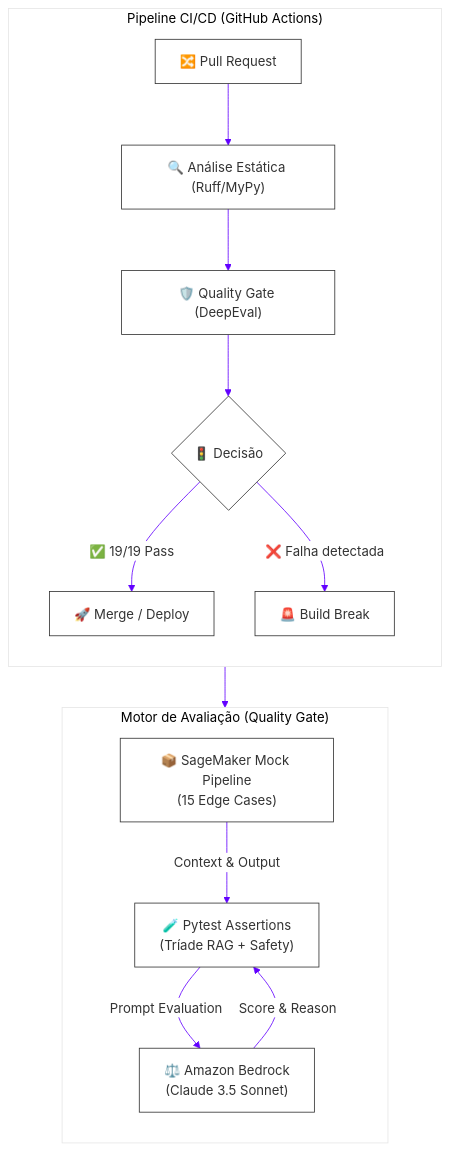
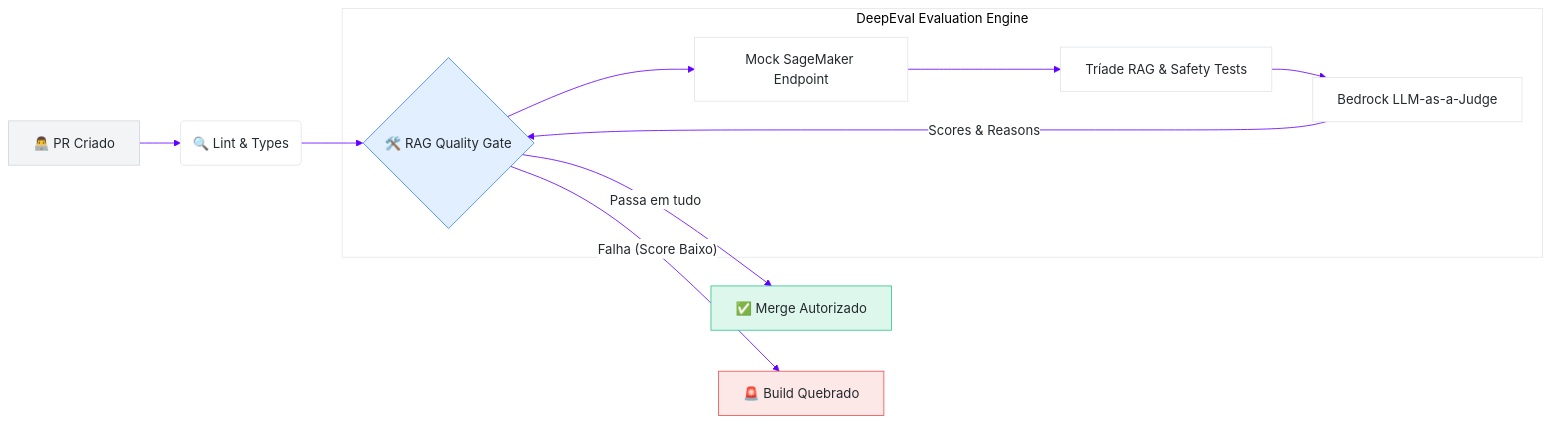
One commit to vfcarida/aws-llmops-quality-gates changed the diagram in README.md. Above: the diagram before and after it, drawn with Mermaid. The commit also changed other lines of this file, not shown here.

````diff
--- a/README.md
+++ b/README.md
@@ -46,30 +41,21 @@
 ```mermaid
-%%{init: {'theme': 'base', 'themeVariables': { 'primaryColor': '#ffffff', 'primaryBorderColor': '#333333', 'primaryTextColor': '#333333', 'lineColor': '#6200FF'}}}%%
-flowchart TB
-    subgraph CI["Pipeline CI/CD (GitHub Actions)"]
-        direction TB
-        PUSH["🔀 Pull Request"]
-        LINT["🔍 Análise Estática (Ruff/MyPy)"]
-        GATE["🛡️ Quality Gate (DeepEval)"]
-        DECISION{"🚦 Decisão"}
-        DEPLOY["🚀 Merge / Deploy"]
-        BLOCK["🚨 Build Break"]
-        
-        PUSH --> LINT --> GATE --> DECISION
-        DECISION -- "✅ 19/19 Pass" --> DEPLOY
-        DECISION -- "❌ Falha detectada" --> BLOCK
+%%{init: {'theme': 'base', 'themeVariables': { 'primaryColor': '#ffffff', 'primaryBorderColor': '#e1e4e8', 'primaryTextColor': '#24292e', 'lineColor': '#6200FF', 'fontFamily': 'Inter'}}}%%
+flowchart LR
+    A[👨‍💻 PR Criado] --> B(🔍 Lint & Types)
+    B --> C{🛠️ RAG Quality Gate}
+    
+    subgraph DeepEval Evaluation Engine
+    C --> D[Mock SageMaker Endpoint]
+    D --> E[Tríade RAG & Safety Tests]
+    E --> F[Bedrock LLM-as-a-Judge]
+    F -->|Scores & Reasons| C
     end
-
-    subgraph QG["Motor de Avaliação (Quality Gate)"]
-        direction TB
-        MOCK["📦 SageMaker Mock Pipeline\n(15 Edge Cases)"]
-        TESTS["🧪 Pytest Assertions\n(Tríade RAG + Safety)"]
-        JUDGE["⚖️ Amazon Bedrock\n(Claude 3.5 Sonnet)"]
-        
-        MOCK -->|Context & Output| TESTS
-        TESTS -->|Prompt Evaluation| JUDGE
-        JUDGE -->|Score & Reason| TESTS
-    end
-
-    GATE --> QG
+    
+    C -- Passa em tudo --> G[✅ Merge Autorizado]
+    C -- Falha (Score Baixo) --> H[🚨 Build Quebrado]
+    
+    style A fill:#f3f4f6,stroke:#d1d5db
+    style G fill:#def7ec,stroke:#31c48d
+    style H fill:#fde8e8,stroke:#f05252
+    style C fill:#e1effe,stroke:#3f83f8
 ```
````
